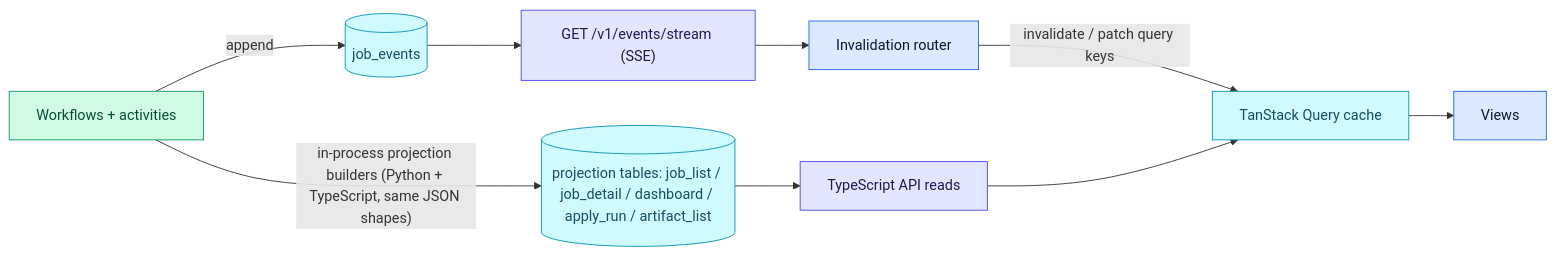
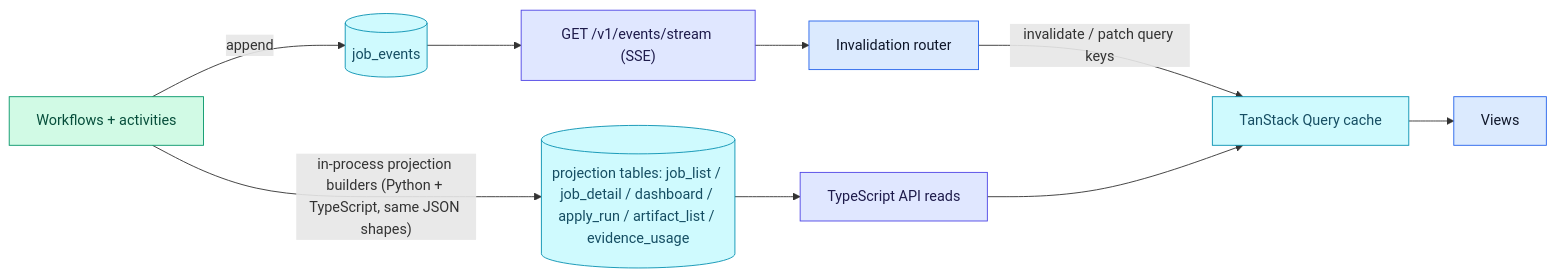
One commit to ebarti/JobCtrl changed the first of 2 diagrams in docs/architecture/read-model.md. Above: the diagram before and after it, drawn with Mermaid. The commit also changed other lines of this file and 9 other files, not shown here.

First line of the commit message:
feat(api): [R5] project career evidence usage (#279)

````diff
--- a/docs/architecture/read-model.md
+++ b/docs/architecture/read-model.md
@@ -9,20 +9,20 @@
 ```mermaid
 flowchart LR
     W["Workflows + activities"] -->|append| EV[("job_events")]
-    W -->|"in-process projection builders (Python + TypeScript, same JSON shapes)"| PT[("projection tables: job_list / job_detail / dashboard / apply_run / artifact_list")]
+    W -->|"in-process projection builders (Python + TypeScript, same JSON shapes)"| PT[("projection tables: job_list / job_detail / dashboard / apply_run / artifact_list / evidence_usage")]
     PT --> API["TypeScript API reads"]
     EV --> SSE["GET /v1/events/stream (SSE)"]
     SSE --> IR["Invalidation router"]
     IR -->|"invalidate / patch query keys"| TQ["TanStack Query cache"]
     API --> TQ
     TQ --> UI["Views"]
 
     classDef ui fill:#dbeafe,stroke:#2563eb,color:#0f172a
     classDef ts fill:#e0e7ff,stroke:#4f46e5,color:#1e1b4b
     classDef py fill:#d1fae5,stroke:#059669,color:#064e3b
     classDef store fill:#cffafe,stroke:#0891b2,color:#164e63
     class W py
     class API,SSE ts
     class IR,UI ui
     class EV,PT,TQ store
 ```
````
